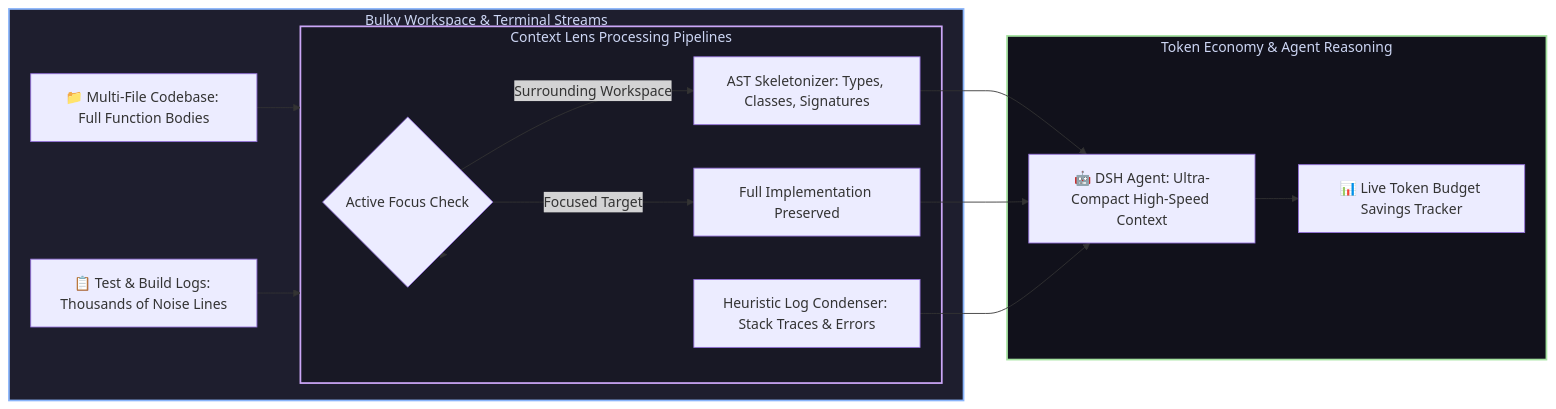
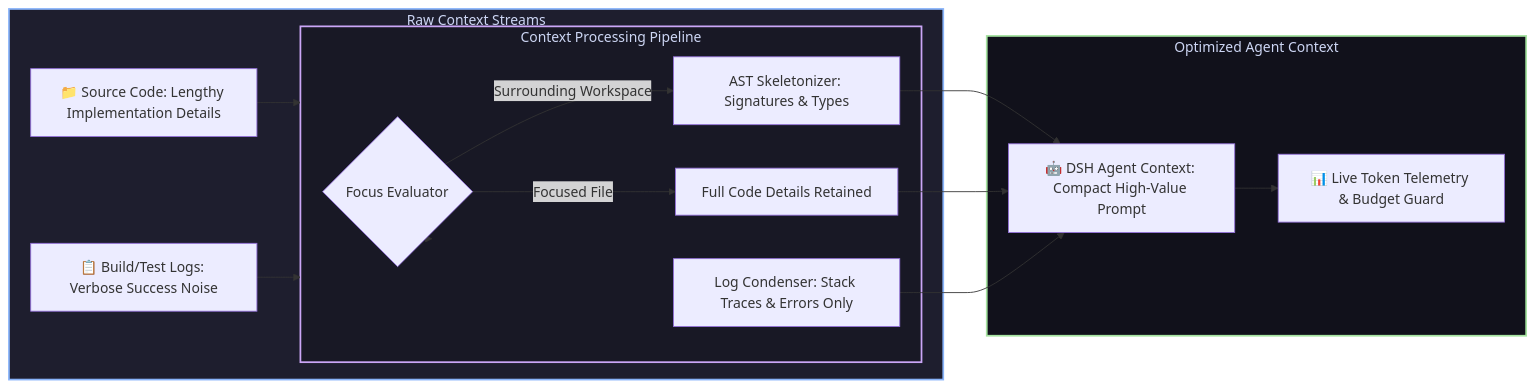
Before and after one commit to GooDAnDReaDY/dsh-context-lens: the diagram in README.md, drawn with Mermaid. The commit also changed other lines of this file and 4 other files, not shown here.

````diff
--- a/README.md
+++ b/README.md
@@ -47,25 +49,25 @@
 ```mermaid
 graph LR
-    subgraph RawContext [Bulky Workspace & Terminal Streams]
-        Code[📁 Multi-File Codebase: Full Function Bodies] --> LensEngine[dsh-context-lens Compression Engine]
-        Logs[📋 Test & Build Logs: Thousands of Noise Lines] --> LensEngine
+    subgraph RawContext [Raw Context Streams]
+        Code[📁 Source Code: Lengthy Implementation Details] --> LensEngine[dsh-context-lens Engine]
+        Logs[📋 Build/Test Logs: Verbose Success Noise] --> LensEngine
     end
 
-    subgraph LensEngine [Context Lens Processing Pipelines]
-        LensEngine --> Focus{Active Focus Check}
-        Focus -->|Focused Target| RawKeep[Full Implementation Preserved]
-        Focus -->|Surrounding Workspace| AST[AST Skeletonizer: Types, Classes, Signatures]
-        LensEngine --> LogFilter[Heuristic Log Condenser: Stack Traces & Errors]
+    subgraph LensEngine [Context Processing Pipeline]
+        LensEngine --> Focus{Focus Evaluator}
+        Focus -->|Focused File| RawKeep[Full Code Details Retained]
+        Focus -->|Surrounding Workspace| AST[AST Skeletonizer: Signatures & Types]
+        LensEngine --> LogFilter[Log Condenser: Stack Traces & Errors Only]
     end
 
-    subgraph Savings [Token Economy & Agent Reasoning]
-        AST --> Agent[🤖 DSH Agent: Ultra-Compact High-Speed Context]
+    subgraph Output [Optimized Agent Context]
+        AST --> Agent[🤖 DSH Agent Context: Compact High-Value Prompt]
         RawKeep --> Agent
         LogFilter --> Agent
-        Agent --> Tracker[📊 Live Token Budget Savings Tracker]
+        Agent --> Tracker[📊 Live Token Telemetry & Budget Guard]
     end
 
     style RawContext fill:#1e1e2e,stroke:#89b4fa,stroke-width:2px,color:#cdd6f4
     style LensEngine fill:#181825,stroke:#cba6f7,stroke-width:2px,color:#cdd6f4
-    style Savings fill:#11111b,stroke:#a6e3a1,stroke-width:2px,color:#cdd6f4
+    style Output fill:#11111b,stroke:#a6e3a1,stroke-width:2px,color:#cdd6f4
 ```
````
